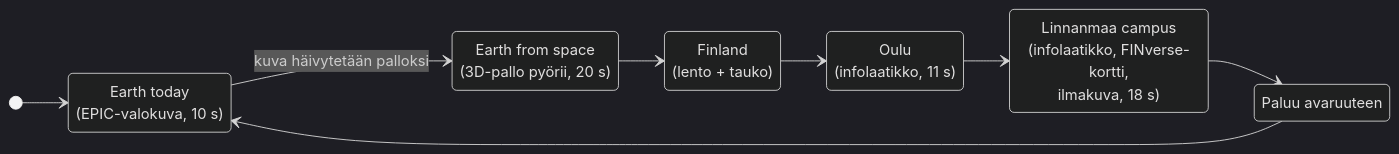
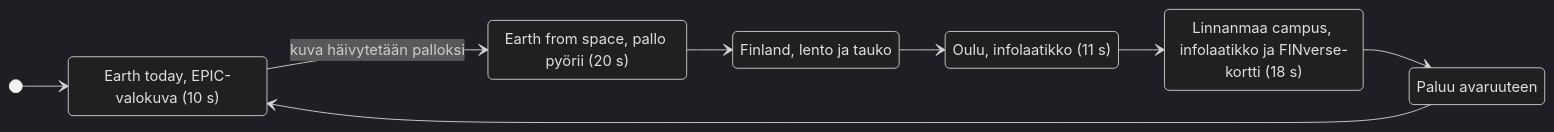
Before and after one commit to AnnaElo/satellite-imaginary: the first of 2 diagrams in README.md, drawn with Mermaid (dark theme).

Commit message:
README: tilakaavion selitteet yhdelle riville
Claude-Session: https://claude.ai/code/session_01JkgNVPekkt1EjWEv2wb3w5

````diff
--- a/README.md
+++ b/README.md
@@ -43,17 +43,17 @@
 ```mermaid
 stateDiagram-v2
     direction LR
     [*] --> epic
-    epic: Earth today<br/>(EPIC-valokuva, 10 s)
-    spin: Earth from space<br/>(3D-pallo pyörii, 20 s)
-    finland: Finland<br/>(lento + tauko)
-    oulu: Oulu<br/>(infolaatikko, 11 s)
-    campus: Linnanmaa campus<br/>(infolaatikko, FINverse-kortti,<br/>ilmakuva, 18 s)
+    epic: Earth today, EPIC-valokuva (10 s)
+    spin: Earth from space, pallo pyörii (20 s)
+    finland: Finland, lento ja tauko
+    oulu: Oulu, infolaatikko (11 s)
+    campus: Linnanmaa campus, infolaatikko ja FINverse-kortti (18 s)
     out: Paluu avaruuteen
     epic --> spin: kuva häivytetään palloksi
     spin --> finland
     finland --> oulu
     oulu --> campus
     campus --> out
     out --> epic
 ```
````
